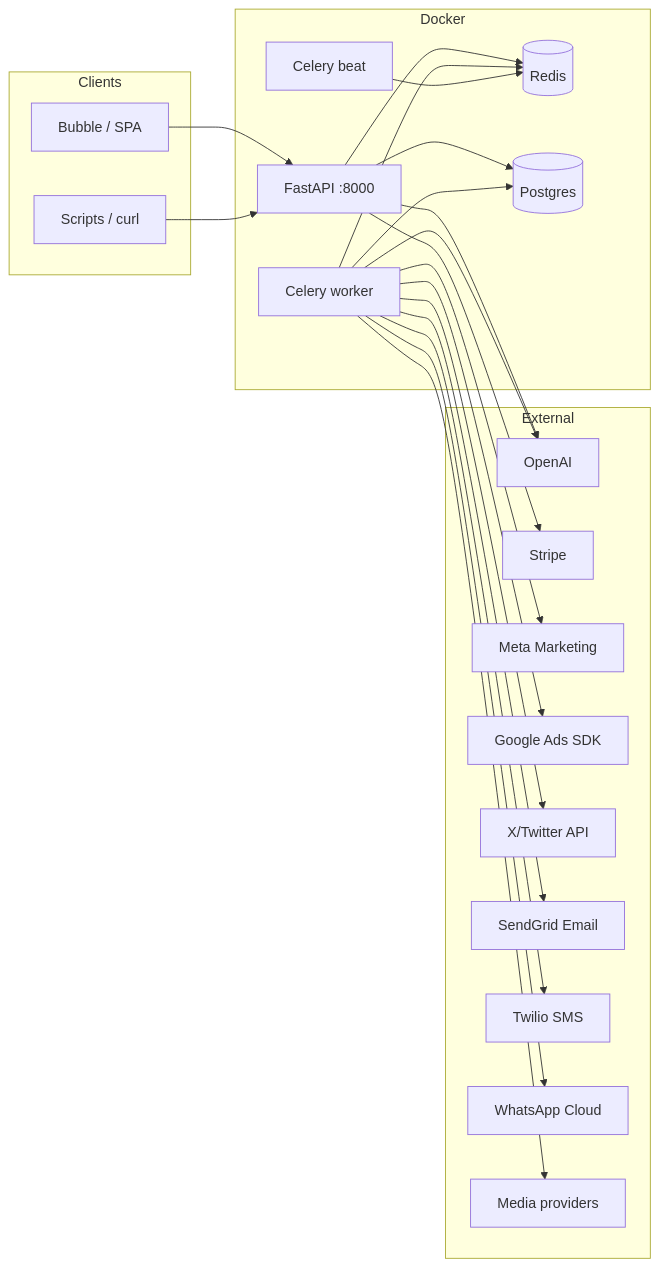
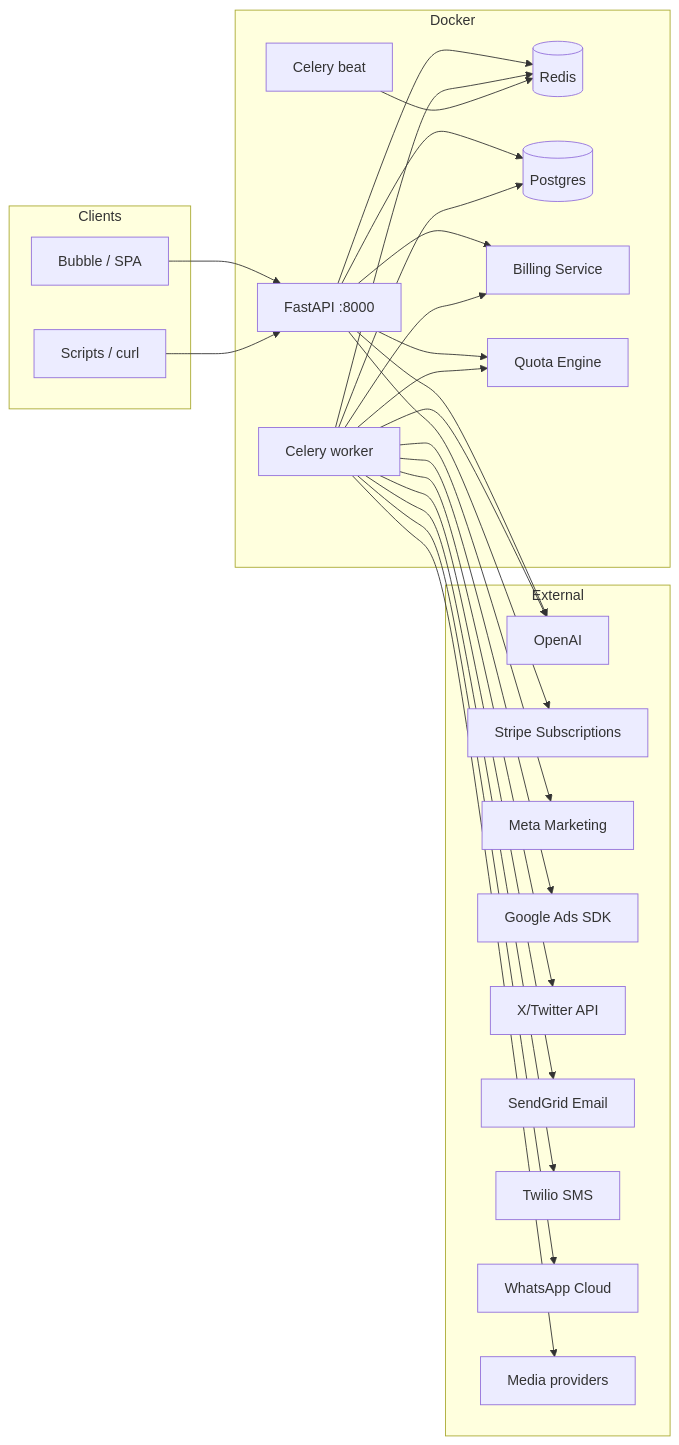
One commit to pranaya-mathur/AIMOS changed the first of 7 diagrams in README.md. Above: the diagram before and after it, drawn with Mermaid. The commit also changed other lines of this file and 2 other files, not shown here.

````diff
--- a/README.md
+++ b/README.md
@@ -110,45 +110,51 @@
 ```mermaid
 flowchart LR
   subgraph Clients
     B[Bubble / SPA]
     CLI[Scripts / curl]
   end
 
   subgraph Docker
     API[FastAPI :8000]
     W[Celery worker]
     BT[Celery beat]
     R[(Redis)]
     PG[(Postgres)]
+    S[Billing Service]
+    Q[Quota Engine]
   end
 
   subgraph External
     OAI[OpenAI]
-    ST[Stripe]
+    ST[Stripe Subscriptions]
     META[Meta Marketing]
     GADS[Google Ads SDK]
     X[X/Twitter API]
     SG[SendGrid Email]
     TW[Twilio SMS]
     WA[WhatsApp Cloud]
     MED[Media providers]
   end
 
   B --> API
   CLI --> API
   API --> PG
   API --> R
+  API --> S
+  API --> Q
+  W --> S
+  W --> Q
   W --> R
   W --> PG
   BT --> R
   API --> OAI
   API --> ST
   W --> OAI
   W --> META
   W --> GADS
   W --> X
   W --> SG
   W --> TW
   W --> WA
   W --> MED
 ```
````
